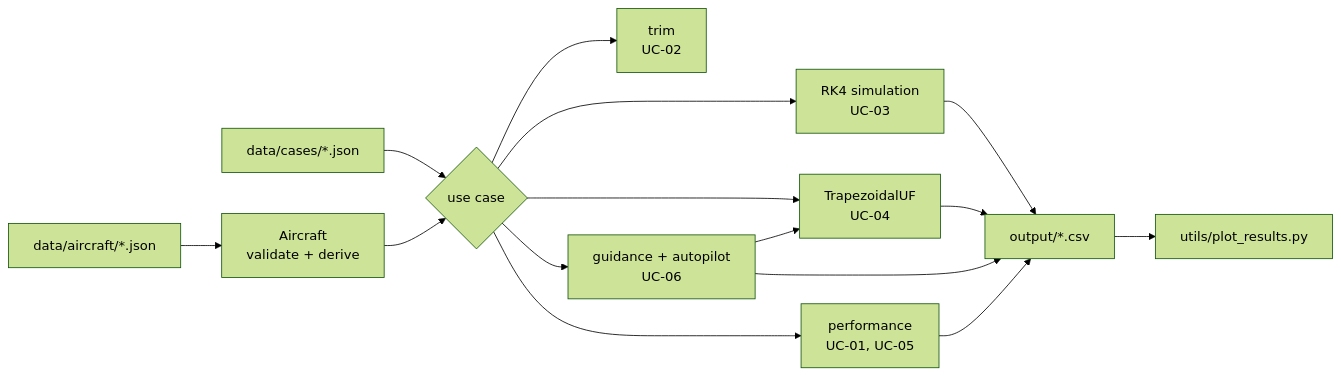
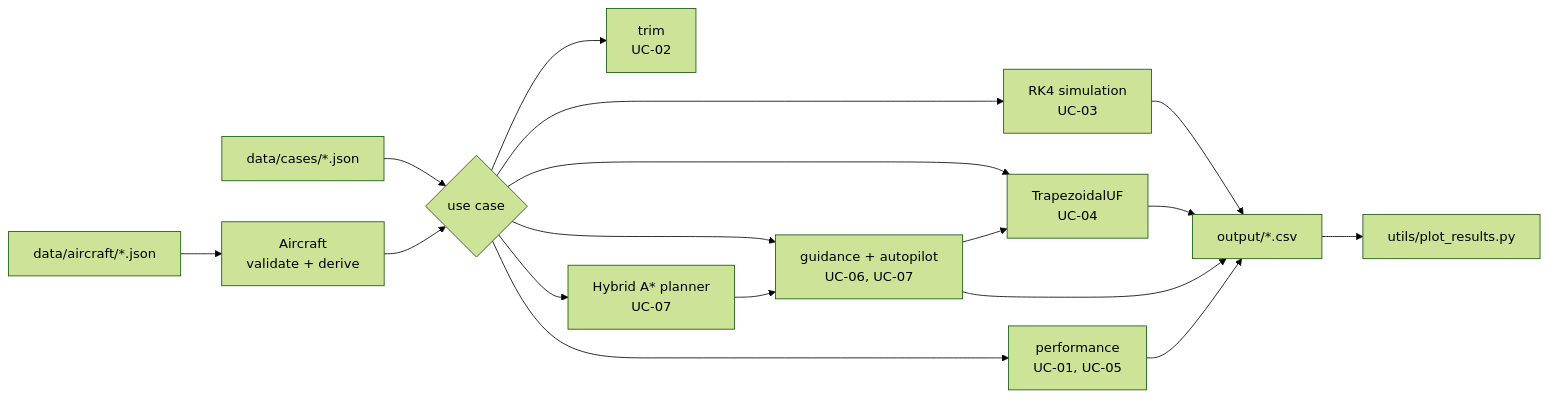
One commit to pablourioste/uavtraj-opt changed the diagram in docs/code/index.md. Above: the diagram before and after it, drawn with Mermaid (forest theme). The commit also changed other lines of this file and 26 other files, not shown here.

````diff
--- a/docs/code/index.md
+++ b/docs/code/index.md
@@ -40,14 +41,16 @@
 ```mermaid
 flowchart LR
     A[data/aircraft/*.json] --> B[Aircraft<br/>validate + derive]
     C[data/cases/*.json] --> D{use case}
     B --> D
     D --> P[performance<br/>UC-01, UC-05]
     D --> T[trim<br/>UC-02]
     D --> S[RK4 simulation<br/>UC-03]
     D --> N[TrapezoidalUF<br/>UC-04]
-    D --> G[guidance + autopilot<br/>UC-06]
+    D --> G[guidance + autopilot<br/>UC-06, UC-07]
+    D --> H[Hybrid A* planner<br/>UC-07]
+    H --> G
     G --> N
     S & N & G & P --> O[output/*.csv]
     O --> F[utils/plot_results.py]
 ```
````
